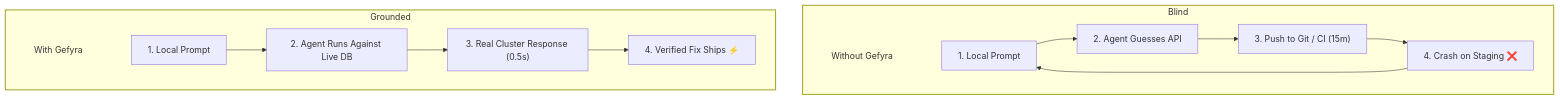
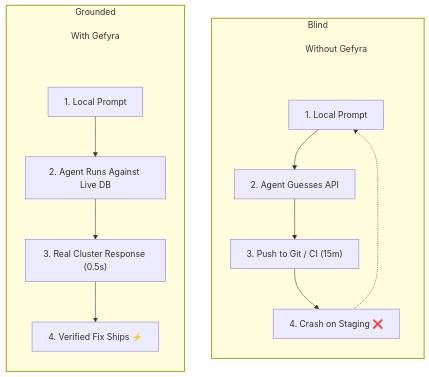
One commit to gefyrahq/gefyra changed the diagram in gefyra-docs/content/en/2.ai-agents/2.agent-workflows.md. Above: the diagram before and after it, drawn with Mermaid. The commit also changed 13 other files, not shown here.

First line of the commit message:
feat: enable expand functionality in Nuxt config and update Mermaid styles (#1565)

````diff
--- a/gefyra-docs/content/en/2.ai-agents/2.agent-workflows.md
+++ b/gefyra-docs/content/en/2.ai-agents/2.agent-workflows.md
@@ -23,26 +23,26 @@
 ```mermaid
-flowchart TD
+flowchart TB
     subgraph Blind
-        direction LR
+        direction TB
         BlindTitle[["Without Gefyra"]] ~~~ P1["1. Local Prompt"]
         P1 --> P2["2. Agent Guesses API"]
         P2 --> P3["3. Push to Git / CI (15m)"]
         P3 --> P4["4. Crash on Staging ❌"]
-        P4 --> P1
+        P4 -.-> P1
     end
 
     subgraph Grounded
-        direction LR
+        direction TB
         GroundedTitle[["With Gefyra"]] ~~~ G1["1. Local Prompt"]
         G1 --> G2["2. Agent Runs Against Live DB"]
         G2 --> G3["3. Real Cluster Response (0.5s)"]
         G3 --> G4["4. Verified Fix Ships ⚡"]
     end
 
     classDef groupTitle fill:transparent,stroke:none;
     classDef blind stroke-width:2px;
     classDef grounded stroke-width:2px;
     class BlindTitle,GroundedTitle groupTitle;
     class Blind blind;
     class Grounded grounded;
 ```
````
